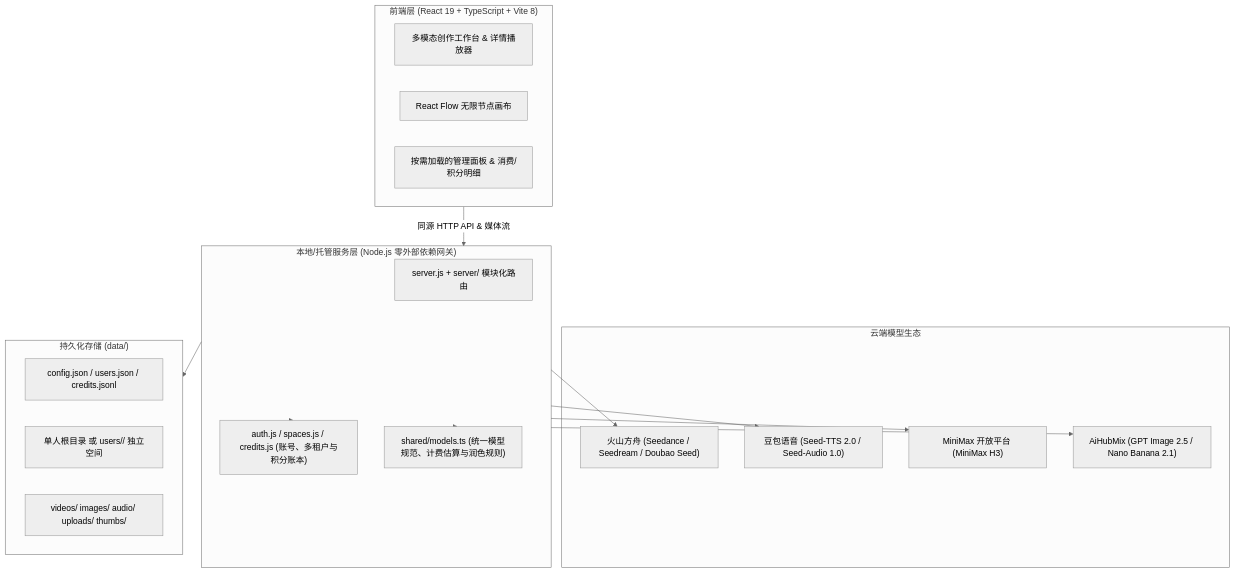
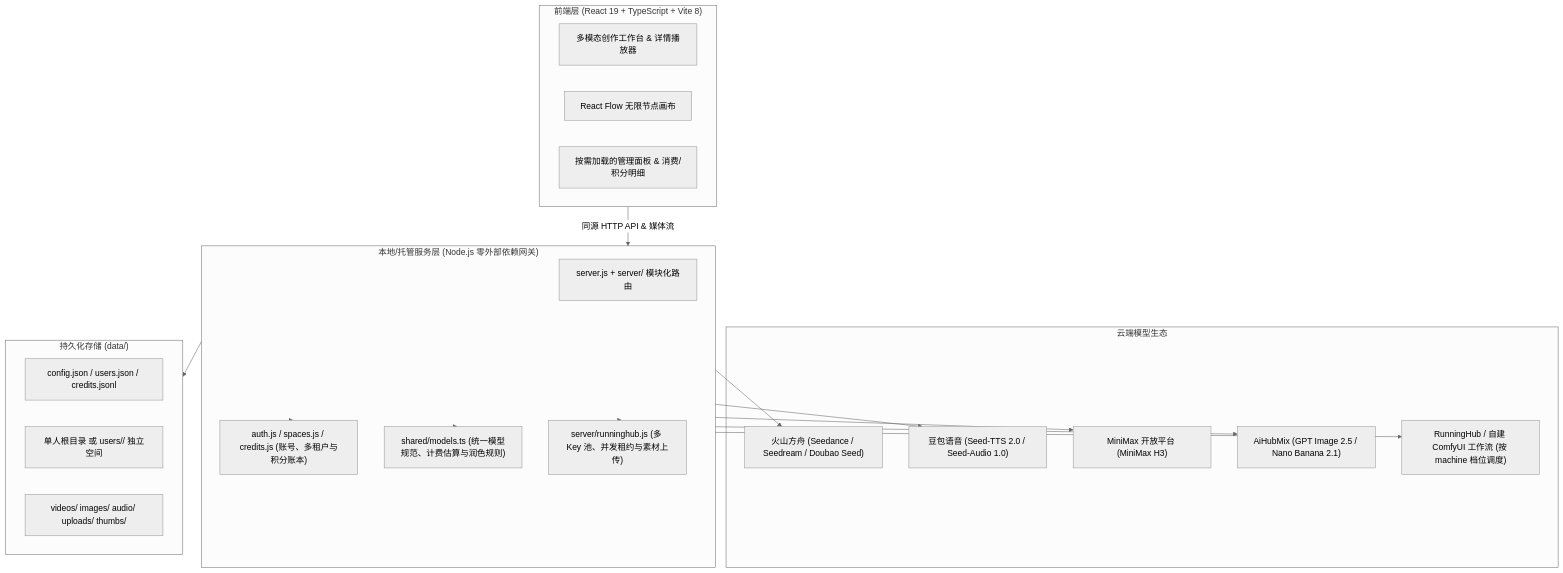
One commit to introspectDaily/innate-studio changed the diagram in README.zh-CN.md. Above: the diagram before and after it, drawn with Mermaid (neutral theme). The commit also changed other lines of this file and 37 other files, not shown here.

````diff
--- a/README.zh-CN.md
+++ b/README.zh-CN.md
@@ -199,33 +212,36 @@
 ```mermaid
 flowchart TD
     subgraph Client["前端层 (React 19 + TypeScript + Vite 8)"]
         UI["多模态创作工作台 & 详情播放器"]
         Canvas["React Flow 无限节点画布"]
         AdminUI["按需加载的管理面板 & 消费/积分明细"]
     end
 
     subgraph Core["本地/托管服务层 (Node.js 零外部依赖网关)"]
         Server["server.js + server/ 模块化路由"]
         Auth["auth.js / spaces.js / credits.js (账号、多租户与积分账本)"]
         Registry["shared/models.ts (统一模型规范、计费估算与润色规则)"]
+        Pool["server/runninghub.js (多 Key 池、并发租约与素材上传)"]
     end
 
     subgraph Cloud["云端模型生态"]
         Ark["火山方舟 (Seedance / Seedream / Doubao Seed)"]
         Speech["豆包语音 (Seed-TTS 2.0 / Seed-Audio 1.0)"]
         MM["MiniMax 开放平台 (MiniMax H3)"]
         AHM["AiHubMix (GPT Image 2.5 / Nano Banana 2.1)"]
+        RH["RunningHub / 自建 ComfyUI 工作流 (按 machine 档位调度)"]
     end
 
     subgraph Storage["持久化存储 (data/)"]
         Global["config.json / users.json / credits.jsonl"]
         Space["单人根目录 或 users/<id>/ 独立空间"]
         Media["videos/ images/ audio/ uploads/ thumbs/"]
     end
 
     Client -->|同源 HTTP API & 媒体流| Core
     Core --> Auth
     Core --> Registry
-    Core --> Ark & Speech & MM & AHM
+    Core --> Pool
+    Core --> Ark & Speech & MM & AHM & RH
     Core --> Storage
 ```
````
